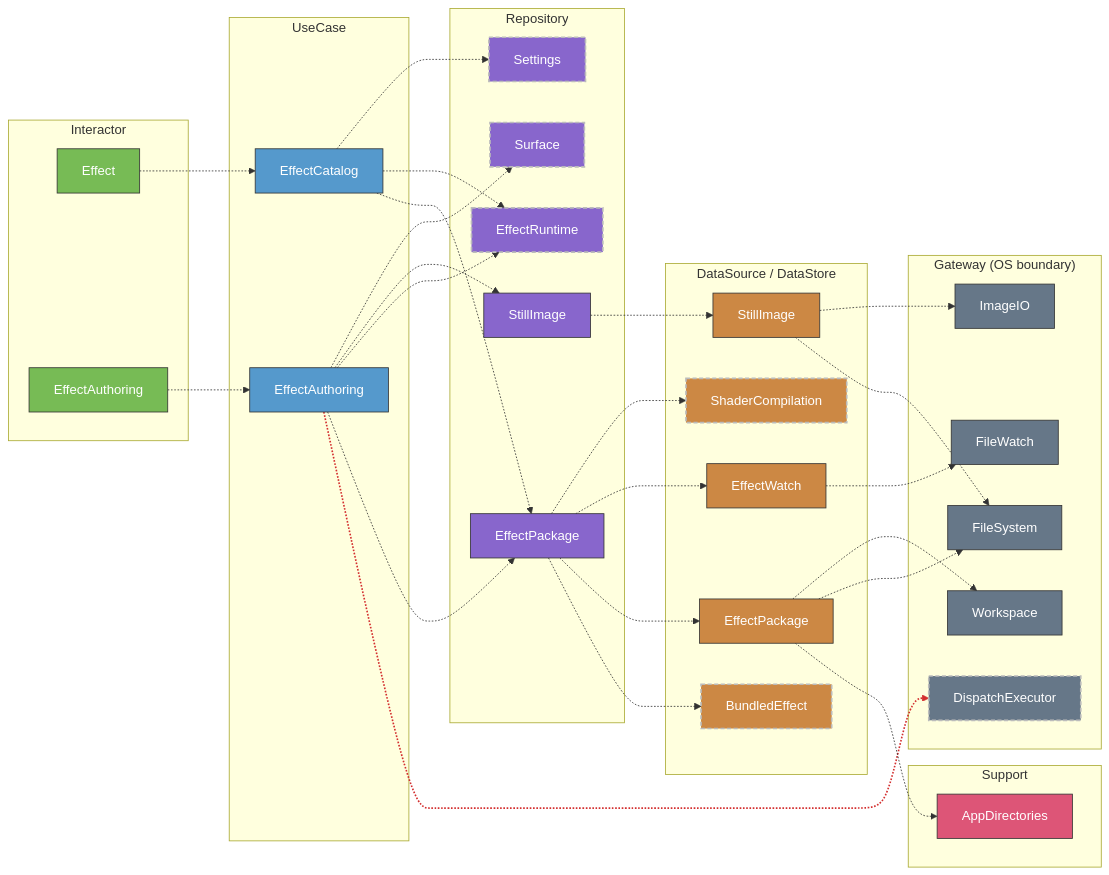
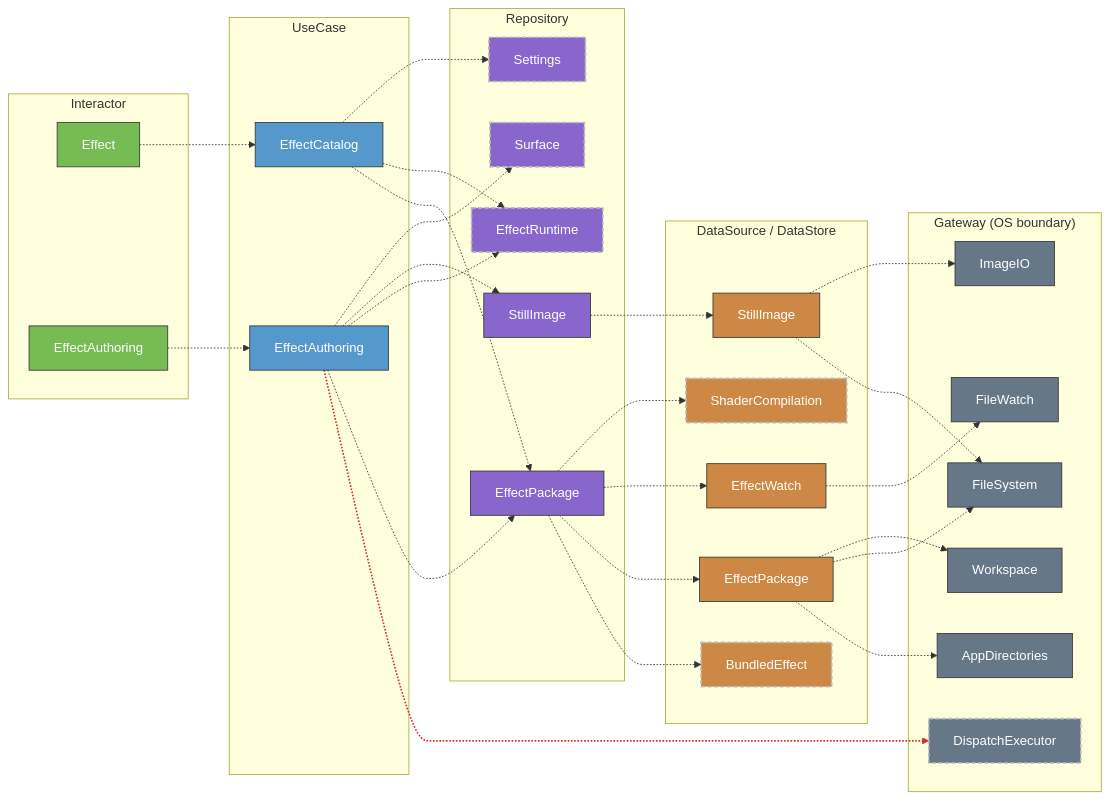
The seventh of 9 diagrams in docs/ARCHITECTURE.md (GeneralD/mirage), drawn with Mermaid before and after one commit. The commit also changed other lines of this file and 7 other files, not shown here.

First line of the commit message:
docs(architecture): generate the module diagrams from the package and the lint

````diff
--- a/docs/ARCHITECTURE.md
+++ b/docs/ARCHITECTURE.md
@@ -366,66 +365,63 @@
 ```mermaid
 graph LR
   subgraph Area2_int["Interactor"]
     EffectInteractor["Effect"]:::int
     EffectAuthoringInteractor["EffectAuthoring"]:::int
   end
   subgraph Area2_uc["UseCase"]
     EffectCatalogUseCase["EffectCatalog"]:::uc
     EffectAuthoringUseCase["EffectAuthoring"]:::uc
   end
   subgraph Area2_repo["Repository"]
     EffectPackageRepository["EffectPackage"]:::repo
     StillImageRepository["StillImage"]:::repo
     EffectRuntimeRepository["EffectRuntime"]:::repox
     SettingsRepository["Settings"]:::repox
     SurfaceRepository["Surface"]:::repox
   end
   subgraph Area2_ds["DataSource / DataStore"]
     EffectPackageDataSource["EffectPackage"]:::ds
     EffectWatchDataSource["EffectWatch"]:::ds
     StillImageDataSource["StillImage"]:::ds
     BundledEffectDataSource["BundledEffect"]:::dsx
     ShaderCompilationDataSource["ShaderCompilation"]:::dsx
   end
   subgraph Area2_gw["Gateway (OS boundary)"]
     FileSystemGateway["FileSystem"]:::gw
     FileWatchGateway["FileWatch"]:::gw
     WorkspaceGateway["Workspace"]:::gw
     ImageIOGateway["ImageIO"]:::gw
+    AppDirectories:::gw
     DispatchExecutorGateway["DispatchExecutor"]:::gwx
-  end
-  subgraph Area2_sup["Support"]
-    AppDirectories:::sup
   end
   EffectInteractor -.-> EffectCatalogUseCase
   EffectAuthoringInteractor -.-> EffectAuthoringUseCase
   EffectCatalogUseCase -.-> EffectPackageRepository
   EffectCatalogUseCase -.-> EffectRuntimeRepository
   EffectCatalogUseCase -.-> SettingsRepository
   EffectAuthoringUseCase -.-> DispatchExecutorGateway
   EffectAuthoringUseCase -.-> EffectPackageRepository
   EffectAuthoringUseCase -.-> EffectRuntimeRepository
   EffectAuthoringUseCase -.-> StillImageRepository
   EffectAuthoringUseCase -.-> SurfaceRepository
   EffectPackageRepository -.-> BundledEffectDataSource
   EffectPackageRepository -.-> EffectPackageDataSource
   EffectPackageRepository -.-> EffectWatchDataSource
   EffectPackageRepository -.-> ShaderCompilationDataSource
   StillImageRepository -.-> StillImageDataSource
   EffectPackageDataSource -.-> AppDirectories
   EffectPackageDataSource -.-> FileSystemGateway
   EffectPackageDataSource -.-> WorkspaceGateway
   EffectWatchDataSource -.-> FileWatchGateway
   StillImageDataSource -.-> FileSystemGateway
   StillImageDataSource -.-> ImageIOGateway
   classDef ds fill:#c84,stroke:#333,color:#fff
   classDef dsx fill:#c84,stroke:#bbb,stroke-width:2px,stroke-dasharray:5 3,color:#fff
   classDef gw fill:#678,stroke:#333,color:#fff
   classDef gwx fill:#678,stroke:#bbb,stroke-width:2px,stroke-dasharray:5 3,color:#fff
   classDef int fill:#7b5,stroke:#333,color:#fff
   classDef repo fill:#86c,stroke:#333,color:#fff
   classDef repox fill:#86c,stroke:#bbb,stroke-width:2px,stroke-dasharray:5 3,color:#fff
-  classDef sup fill:#d57,stroke:#333,color:#fff
   classDef uc fill:#59c,stroke:#333,color:#fff
   linkStyle 5 stroke:#d32f2f,stroke-width:2px
 ```
````
